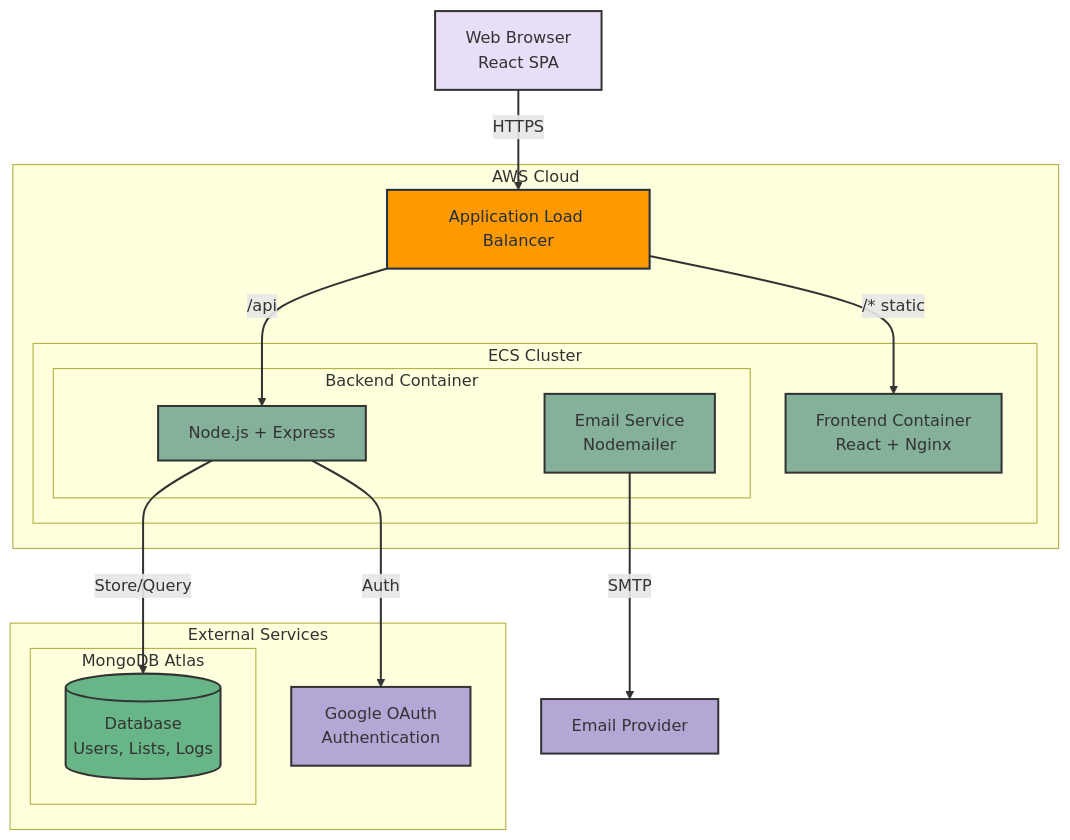
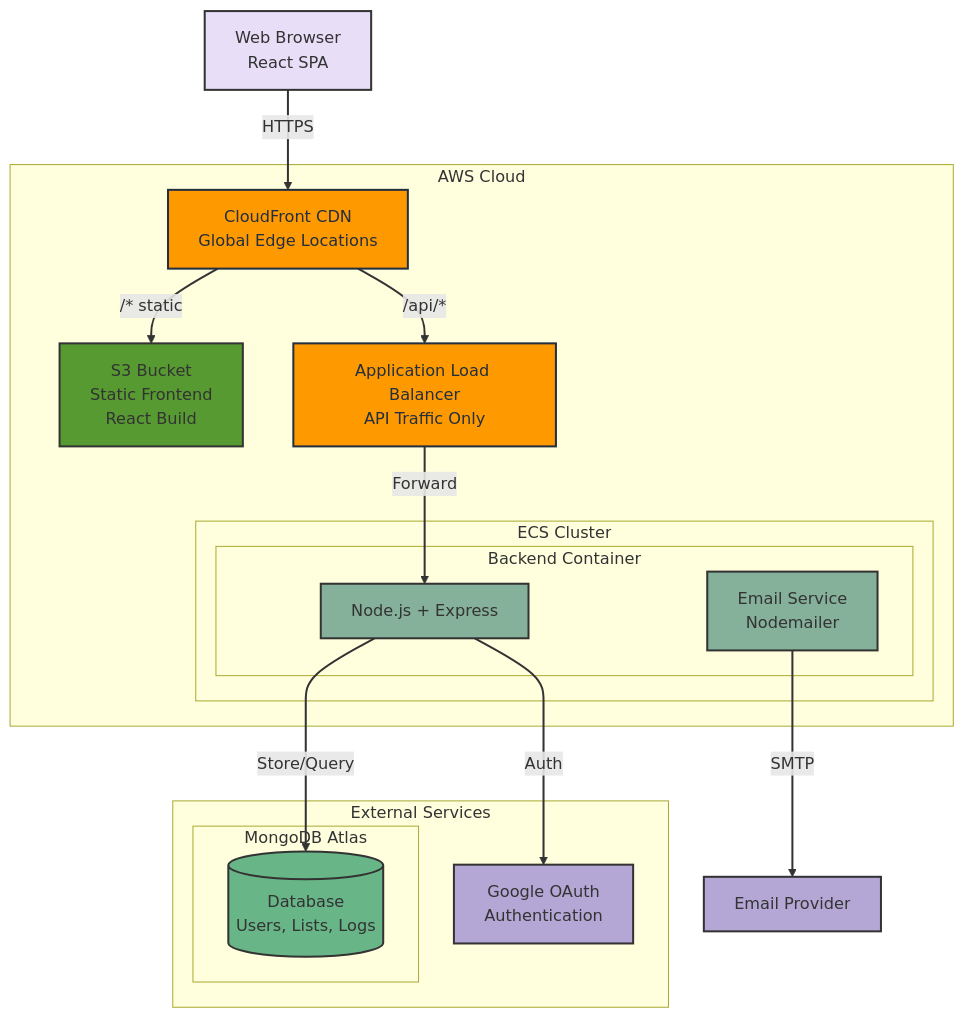
One commit to hscopalm/shareable-wishlists changed the diagram in README.md. Above: the diagram before and after it, drawn with Mermaid. The commit also changed other lines of this file and 8 other files, not shown here.

Commit message:
feat: initial frontend refactor to S3/CloudFront

````diff
--- a/README.md
+++ b/README.md
@@ -31,43 +31,46 @@
 ```mermaid
 graph TD
     %% Styling
     classDef browser fill:#E8DEF8,stroke:#333,stroke-width:2px
     classDef aws fill:#FF9900,stroke:#232F3E,stroke-width:2px,color:#232F3E
     classDef app fill:#85B09A,stroke:#333,stroke-width:2px
     classDef db fill:#68B587,stroke:#333,stroke-width:2px
     classDef external fill:#B4A7D6,stroke:#333,stroke-width:2px
+    classDef storage fill:#569A31,stroke:#333,stroke-width:2px
 
     %% Client Layer
     Client[Web Browser<br/>React SPA]:::browser
 
     %% AWS Infrastructure
     subgraph AWS["AWS Cloud"]
-        ALB[Application Load Balancer]:::aws
+        CF[CloudFront CDN<br/>Global Edge Locations]:::aws
+        S3[S3 Bucket<br/>Static Frontend<br/>React Build]:::storage
+        ALB[Application Load Balancer<br/>API Traffic Only]:::aws
         subgraph ECS["ECS Cluster"]
-            FE[Frontend Container<br/>React + Nginx]:::app
             subgraph BE["Backend Container"]
                 Express[Node.js + Express]:::app
                 EmailService[Email Service<br/>Nodemailer]:::app
             end
         end
     end
 
     %% External Services
     subgraph External["External Services"]
         subgraph Atlas["MongoDB Atlas"]
             MongoDB[(Database<br/>Users, Lists, Logs)]:::db
         end
         Google[Google OAuth<br/>Authentication]:::external
     end
 
     %% Connections
-    Client --> |HTTPS| ALB
-    ALB --> |/api| Express
-    ALB --> |/* static| FE
+    Client --> |HTTPS| CF
+    CF --> |/* static| S3
+    CF --> |/api/*| ALB
+    ALB --> |Forward| Express
     Express --> |Store/Query| MongoDB
     Express --> |Auth| Google
     EmailService --> |SMTP| SMTP[Email Provider]:::external
 
     %% Link Styling
     linkStyle default stroke:#333,stroke-width:2px;
 ```
````
